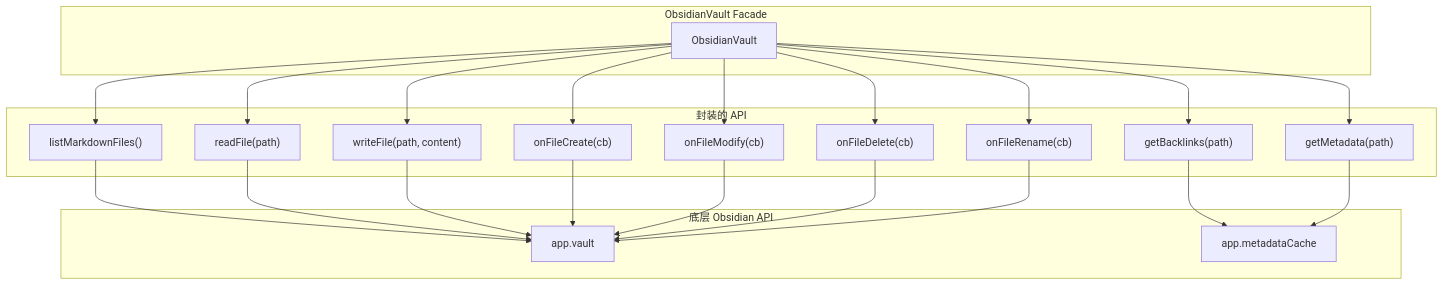
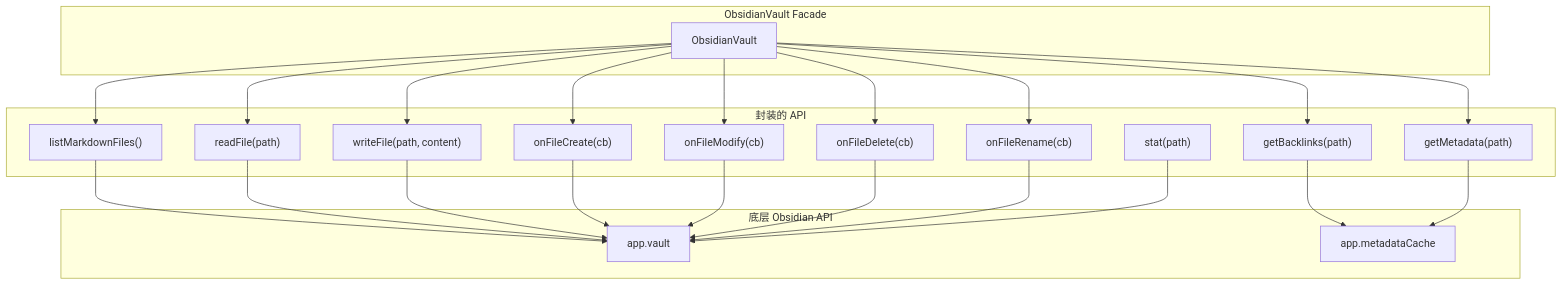
One commit to golddream-y/obsidian-ratel changed the first of 3 diagrams in docs/architecture/host/obsidian-integration.md. Above: the diagram before and after it, drawn with Mermaid. The commit also changed 2 other files, not shown here.

Commit message:
docs(arch): 同步 smart reindex 架构契约(worker-protocol + vector-index + obsidian-vault)
P-INDEX-STARTUP 引入的接口契约变更:
- worker-protocol: WorkerRequest 加 index.batch,WorkerResponse 加 index.batch.done
- vector-index: IndexStatus 加 Diffing 状态(10 态),状态机图加 smartReindex 路径
- obsidian-integration: VaultPort Facade 加 stat(path) 方法

````diff
--- a/docs/architecture/host/obsidian-integration.md
+++ b/docs/architecture/host/obsidian-integration.md
@@ -50,43 +50,45 @@
 ```mermaid
 graph TB
     subgraph "ObsidianVault Facade"
         OV["ObsidianVault"]
     end
 
     subgraph "封装的 API"
         V1["listMarkdownFiles()"]
         V2["readFile(path)"]
         V3["writeFile(path, content)"]
         V4["getBacklinks(path)"]
         V5["getMetadata(path)"]
         V6["onFileCreate(cb)"]
         V7["onFileModify(cb)"]
         V8["onFileDelete(cb)"]
         V9["onFileRename(cb)"]
+        V10["stat(path)"]
     end
 
     subgraph "底层 Obsidian API"
         AV["app.vault"]
         MC["app.metadataCache"]
     end
 
     OV --> V1
     OV --> V2
     OV --> V3
     OV --> V4
     OV --> V5
     OV --> V6
     OV --> V7
     OV --> V8
     OV --> V9
 
     V1 --> AV
     V2 --> AV
     V3 --> AV
     V4 --> MC
     V5 --> MC
     V6 --> AV
     V7 --> AV
     V8 --> AV
     V9 --> AV
+    V10 --> AV
 ```
````
